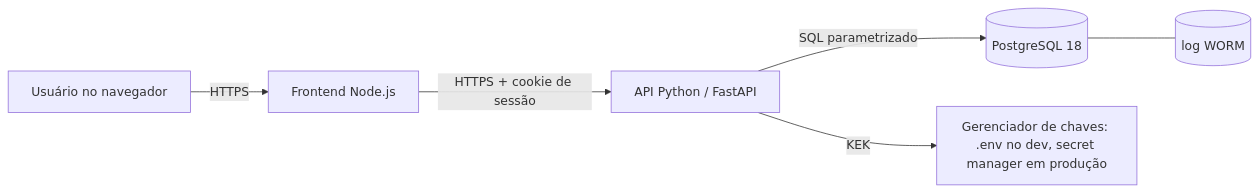
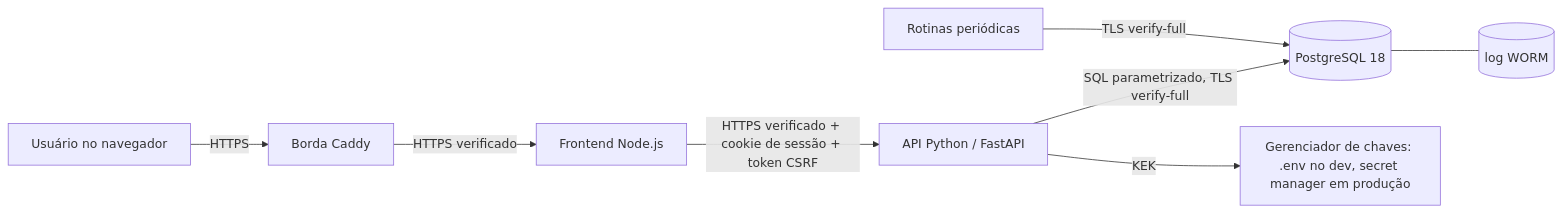
Before and after one commit to msrscs/p4_cybersec_saude: the first of 2 diagrams in docs/ARCHITECTURE.md, drawn with Mermaid. The commit also changed other lines of this file and 2 other files, not shown here.

Commit message:
docs: ADR-0013 (TLS, CSRF e limite por IP) e status da T09

````diff
--- a/docs/ARCHITECTURE.md
+++ b/docs/ARCHITECTURE.md
@@ -10,8 +10,10 @@
 ```mermaid
 flowchart LR
-    U[Usuário no navegador] -->|HTTPS| F[Frontend Node.js]
-    F -->|HTTPS + cookie de sessão| B[API Python / FastAPI]
-    B -->|SQL parametrizado| D[(PostgreSQL 18)]
+    U[Usuário no navegador] -->|HTTPS| E[Borda Caddy]
+    E -->|HTTPS verificado| F[Frontend Node.js]
+    F -->|HTTPS verificado + cookie de sessão + token CSRF| B[API Python / FastAPI]
+    B -->|SQL parametrizado, TLS verify-full| D[(PostgreSQL 18)]
     B -->|KEK| K[Gerenciador de chaves: .env no dev, secret manager em produção]
+    T[Rotinas periódicas] -->|TLS verify-full| D
     D --- A[(log WORM)]
 ```
````
